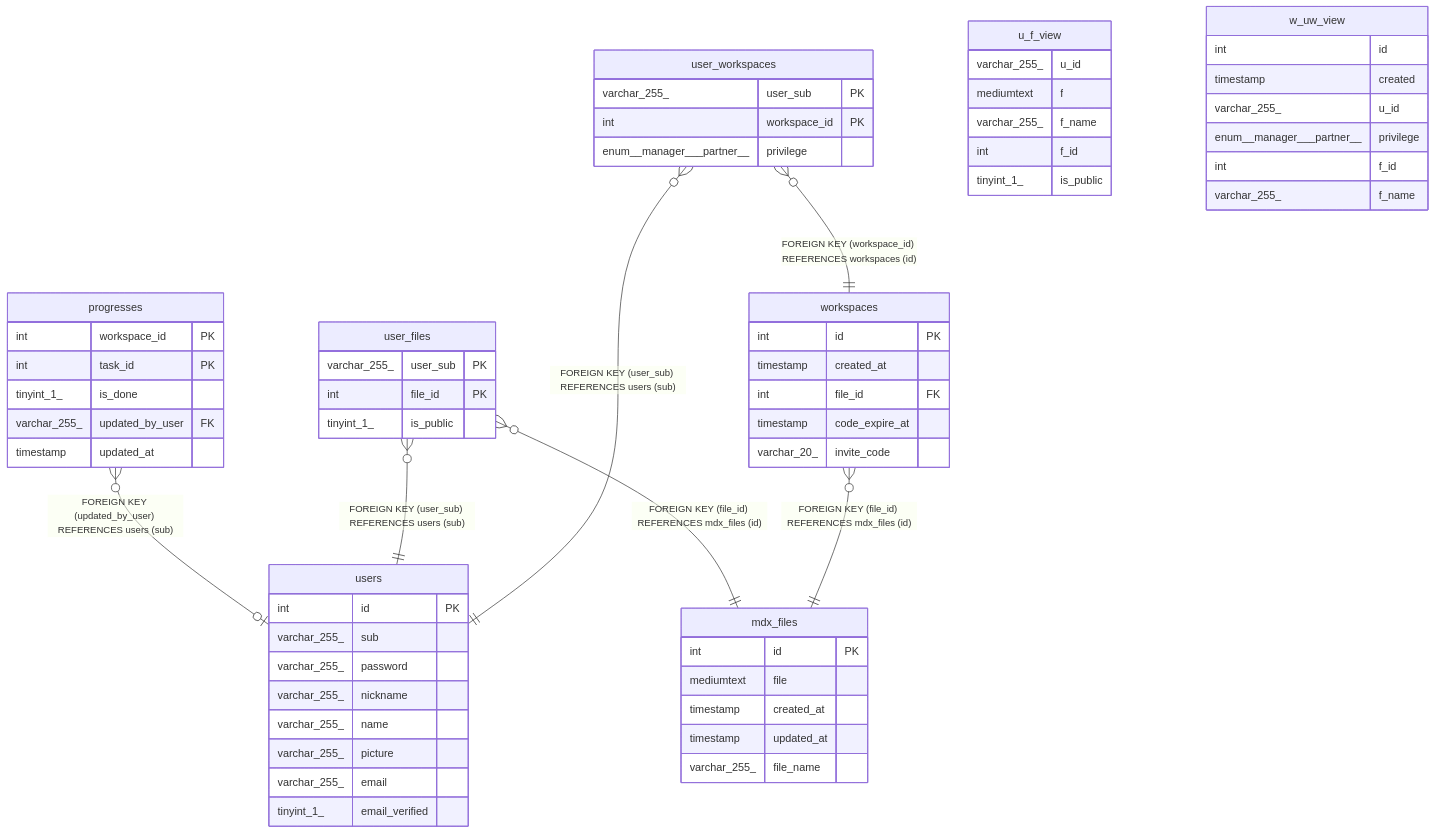
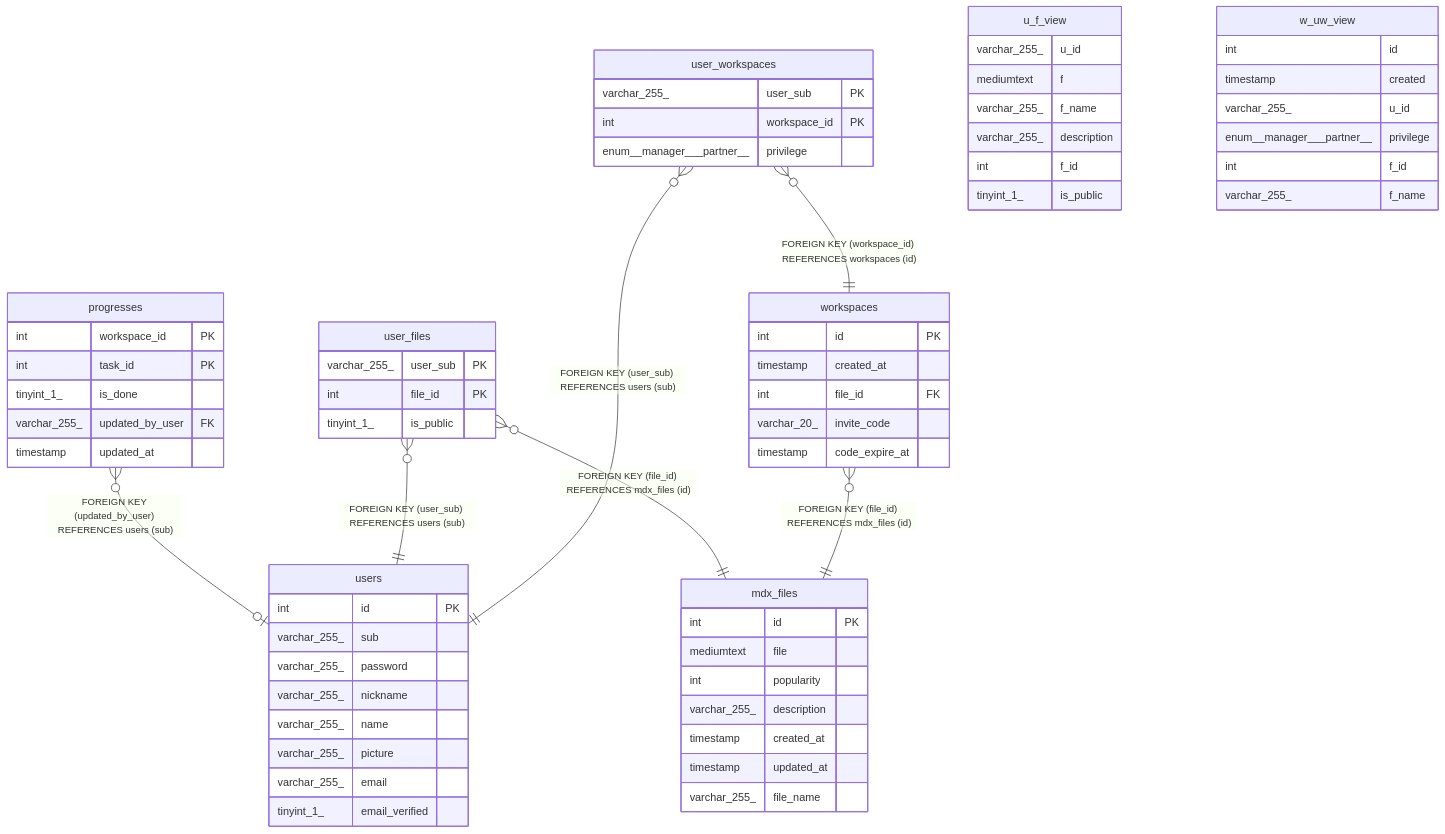
Before and after one commit to Yiipu/Checkdown: the diagram in doc/database-schema/README.md, drawn with Mermaid. The commit also changed other lines of this file and 12 other files, not shown here.

````diff
--- a/doc/database-schema/README.md
+++ b/doc/database-schema/README.md
@@ -18,67 +18,70 @@
 ```mermaid
 erDiagram
 
 "progresses" }o--o| "users" : "FOREIGN KEY (updated_by_user) REFERENCES users (sub)"
 "user_files" }o--|| "users" : "FOREIGN KEY (user_sub) REFERENCES users (sub)"
 "user_files" }o--|| "mdx_files" : "FOREIGN KEY (file_id) REFERENCES mdx_files (id)"
 "user_workspaces" }o--|| "users" : "FOREIGN KEY (user_sub) REFERENCES users (sub)"
 "user_workspaces" }o--|| "workspaces" : "FOREIGN KEY (workspace_id) REFERENCES workspaces (id)"
 "workspaces" }o--|| "mdx_files" : "FOREIGN KEY (file_id) REFERENCES mdx_files (id)"
 
 "mdx_files" {
   int id PK
   mediumtext file
+  int popularity
+  varchar_255_ description
   timestamp created_at
   timestamp updated_at
   varchar_255_ file_name
 }
 "progresses" {
   int workspace_id PK
   int task_id PK
   tinyint_1_ is_done
   varchar_255_ updated_by_user FK
   timestamp updated_at
 }
 "u_f_view" {
   varchar_255_ u_id
   mediumtext f
   varchar_255_ f_name
+  varchar_255_ description
   int f_id
   tinyint_1_ is_public
 }
 "user_files" {
   varchar_255_ user_sub PK
   int file_id PK
   tinyint_1_ is_public
 }
 "user_workspaces" {
   varchar_255_ user_sub PK
   int workspace_id PK
   enum__manager___partner__ privilege
 }
 "users" {
   int id PK
   varchar_255_ sub
   varchar_255_ password
   varchar_255_ nickname
   varchar_255_ name
   varchar_255_ picture
   varchar_255_ email
   tinyint_1_ email_verified
 }
 "w_uw_view" {
   int id
   timestamp created
   varchar_255_ u_id
   enum__manager___partner__ privilege
   int f_id
   varchar_255_ f_name
 }
 "workspaces" {
   int id PK
   timestamp created_at
   int file_id FK
+  varchar_20_ invite_code
   timestamp code_expire_at
-  varchar_20_ invite_code
 }
 ```
````
